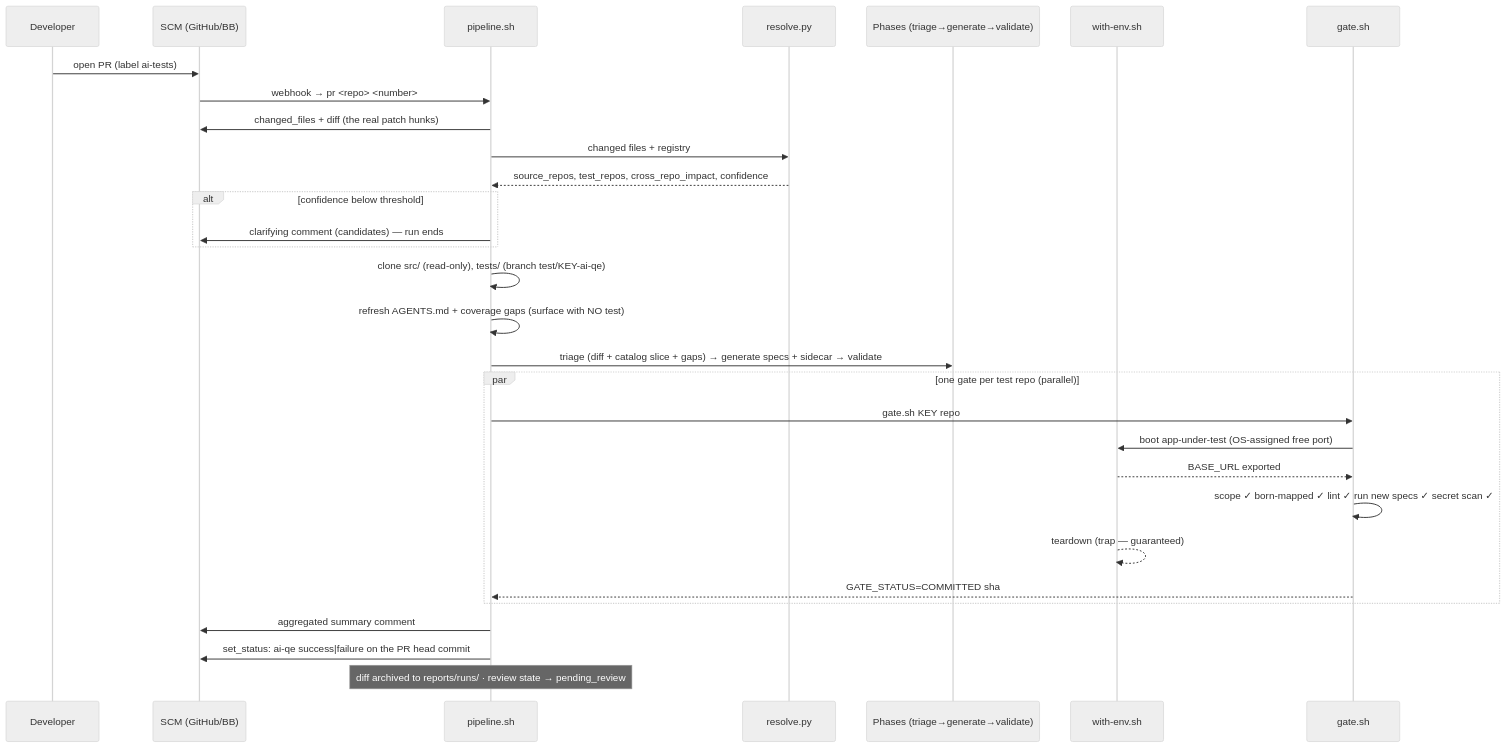
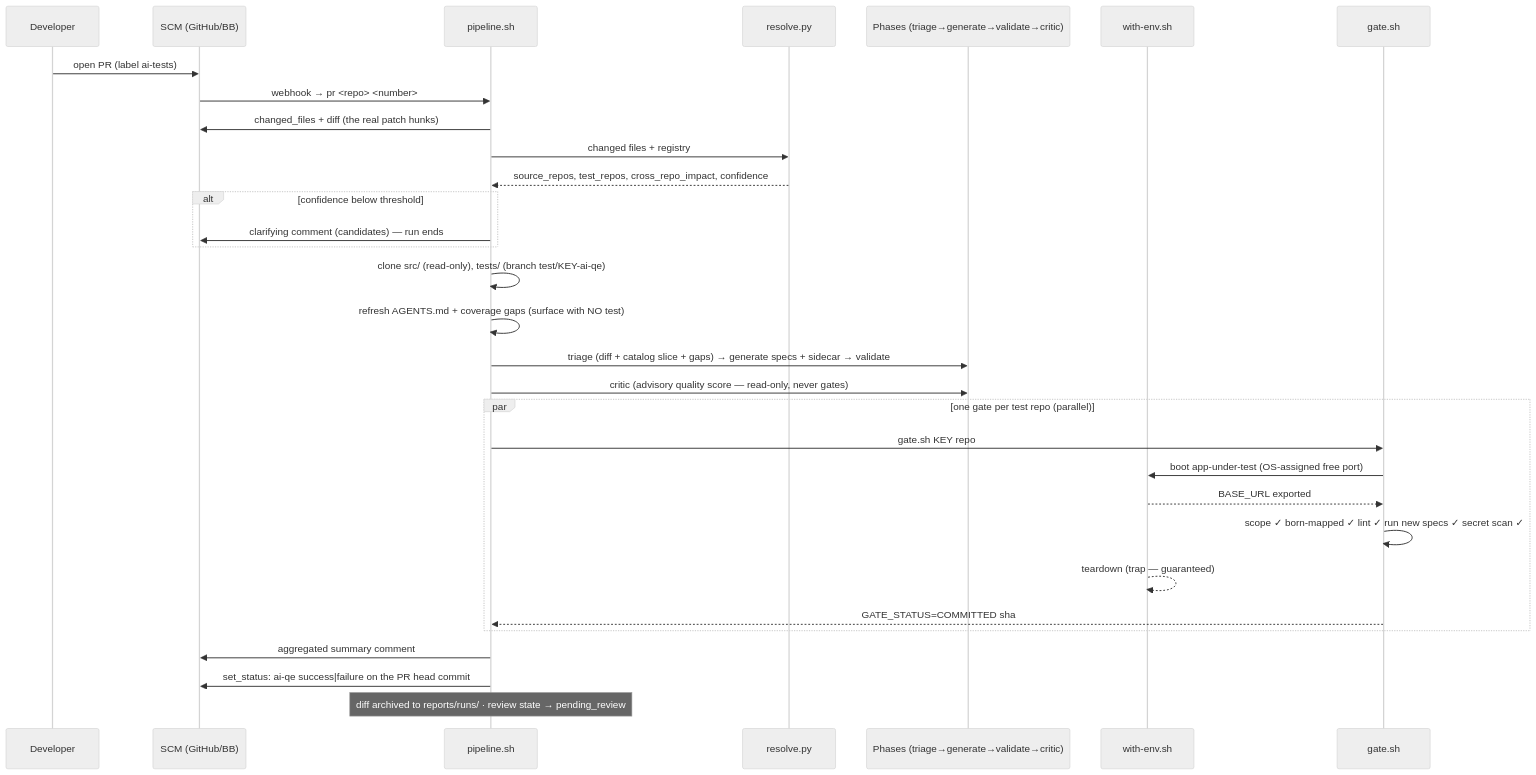
Before and after one commit to anandtopu/auto-tests-gen: the third of 15 diagrams in docs/diagrams.md, drawn with Mermaid (neutral theme). The commit also changed other lines of this file and 25 other files, not shown here.

````diff
--- a/docs/diagrams.md
+++ b/docs/diagrams.md
@@ -78,33 +78,34 @@
 ```mermaid
 sequenceDiagram
     participant Dev as Developer
     participant SCM as SCM (GitHub/BB)
     participant P as pipeline.sh
     participant RES as resolve.py
-    participant LLM as Phases (triage→generate→validate)
+    participant LLM as Phases (triage→generate→validate→critic)
     participant ENV as with-env.sh
     participant G as gate.sh
 
     Dev->>SCM: open PR (label ai-tests)
     SCM->>P: webhook → pr <repo> <number>
     P->>SCM: changed_files + diff (the real patch hunks)
     P->>RES: changed files + registry
     RES-->>P: source_repos, test_repos, cross_repo_impact, confidence
     alt confidence below threshold
         P->>SCM: clarifying comment (candidates) — run ends
     end
     P->>P: clone src/ (read-only), tests/ (branch test/KEY-ai-qe)
     P->>P: refresh AGENTS.md + coverage gaps (surface with NO test)
     P->>LLM: triage (diff + catalog slice + gaps) → generate specs + sidecar → validate
+    P->>LLM: critic (advisory quality score — read-only, never gates)
     par one gate per test repo (parallel)
         P->>G: gate.sh KEY repo
         G->>ENV: boot app-under-test (OS-assigned free port)
         ENV-->>G: BASE_URL exported
         G->>G: scope ✓ born-mapped ✓ lint ✓ run new specs ✓ secret scan ✓
         ENV-->>ENV: teardown (trap — guaranteed)
         G-->>P: GATE_STATUS=COMMITTED sha
     end
     P->>SCM: aggregated summary comment
     P->>SCM: set_status: ai-qe success|failure on the PR head commit
     Note over P: diff archived to reports/runs/ · review state → pending_review
 ```
````
